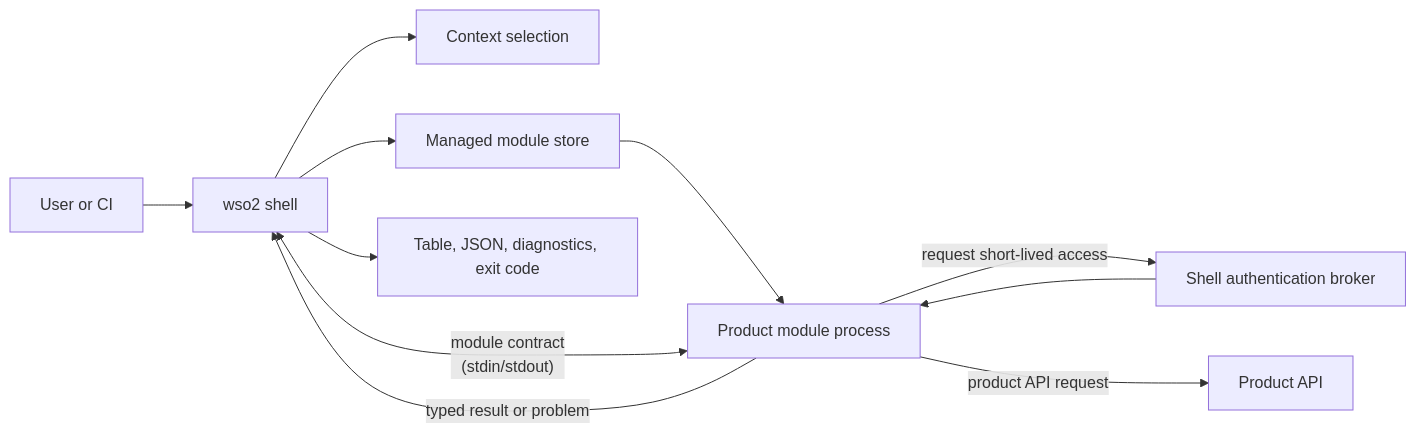
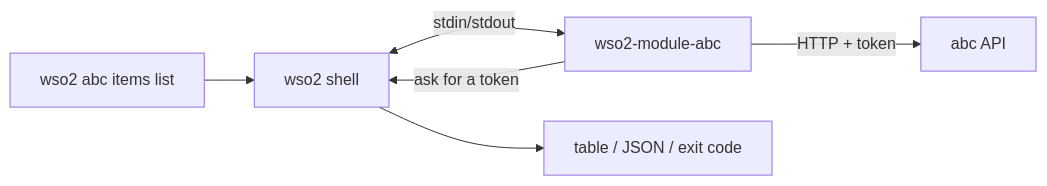
One commit to kanushka/wso2-cli changed the first of 2 diagrams in docs/guides/building-product-modules.md. Above: the diagram before and after it, drawn with Mermaid. The commit also changed other lines of this file and 4 other files, not shown here.

Commit message:
docs(context): add context file reference and rewrite product module guide

````diff
--- a/docs/guides/building-product-modules.md
+++ b/docs/guides/building-product-modules.md
@@ -34,13 +25,8 @@
 ```mermaid
 flowchart LR
-    U["User or CI"] --> S["wso2 shell"]
-    S --> C["Context selection"]
-    S --> M["Managed module store"]
-    M --> P["Product module process"]
-    P <-->|"module contract<br/>(stdin/stdout)"| S
-    P -->|"request short-lived access"| B["Shell authentication broker"]
-    B --> P
-    P -->|"product API request"| A["Product API"]
-    P -->|"typed result or problem"| S
-    S --> O["Table, JSON, diagnostics, exit code"]
+    U["wso2 abc items list"] --> S["wso2 shell"]
+    S <-->|"stdin/stdout"| M["wso2-module-abc"]
+    M -->|"ask for a token"| S
+    M -->|"HTTP + token"| A["abc API"]
+    S --> O["table / JSON / exit code"]
 ```
````
